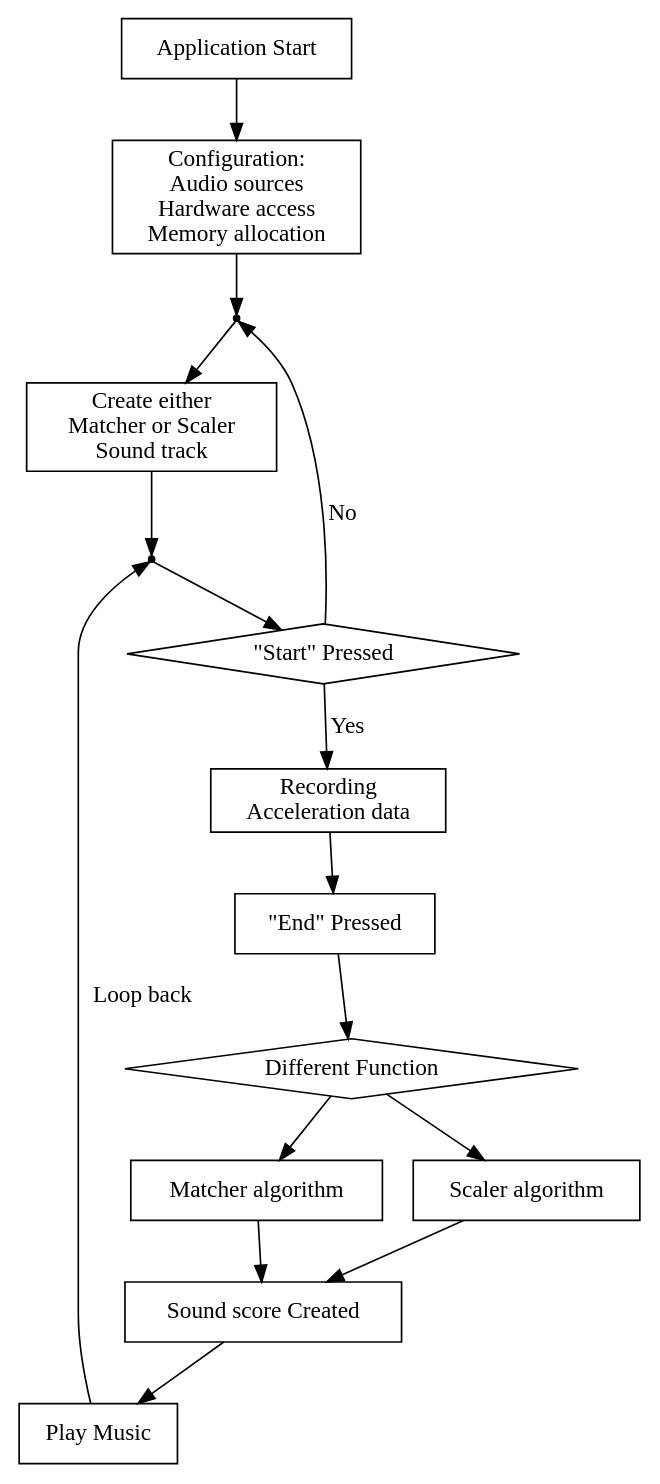
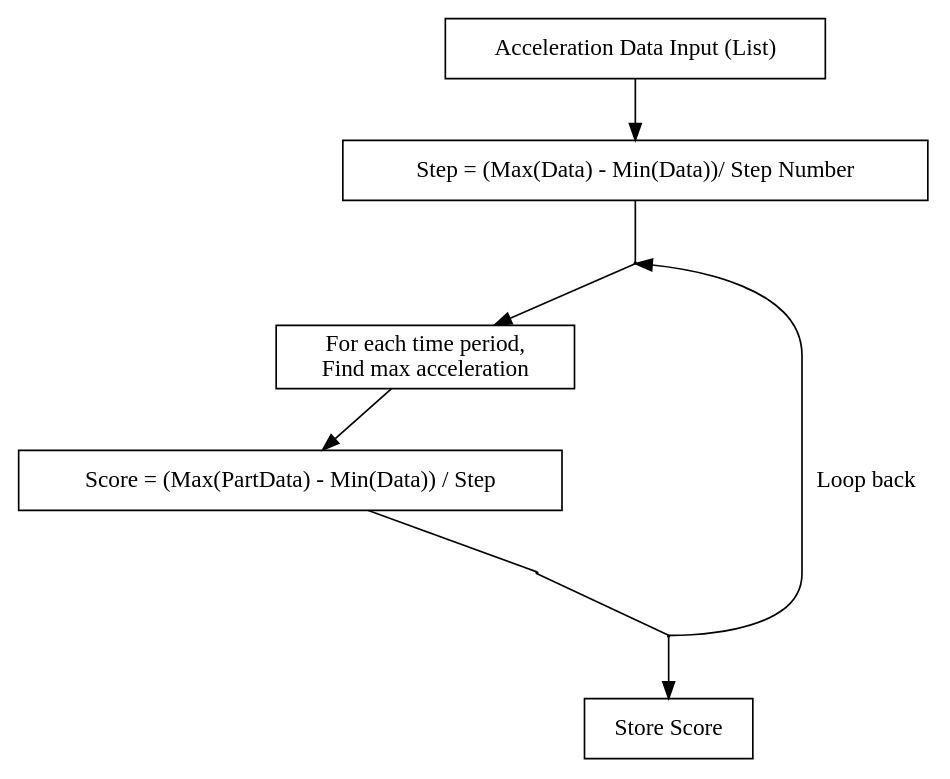
The diagram in figWR/sc.dot (iamwrm/VG100_Final_Report), drawn with Graphviz before and after one commit. The commit also changed 7 other files, not shown here.

```diff
--- a/figWR/sc.dot
+++ b/figWR/sc.dot
@@ -1,48 +1,51 @@
 // Copyright (c) 2017 wangren
 // 
 // This software is released under the MIT License.
 // https://opensource.org/licenses/MIT
 
 
 
 digraph {
 
-// label="Flow chart of the Index Script"
-n1[label="Application Start",shape="box", style=""]
-n2[label="Configuration: \nAudio sources \nHardware access \nMemory allocation",shape="box", style=""]
-n21[label="",shape="point", style=""]
-n3[label="Create either \nMatcher or Scaler \nSound track",shape="box", style=""]
-n31[label="",shape="point",style=""]
-n4[label="\"Start\" Pressed",shape="diamond", style=""]
-n5[label="Recording \nAcceleration data",shape="box", style=""]
-n6[label="\"End\" Pressed",shape="box", style=""]
-n7[label="Different Function",shape="diamond", style=""]
-n8[label="Scaler algorithm",shape="box", style=""]
-n9[label="Matcher algorithm",shape="box", style=""]
-n10[label="Sound score Created",shape="box", style=""]
-n11[label="Play Music",shape="box", style=""]
+node[shape=box]
+graph [ nodesep=1]
 
-n1->n2
 
-n2->n21
-n21->n3
 
-n3->n31
-n31->n4
+start[label="Acceleration Data Input (List)"]
 
-n4->n5[label="Yes"]
-n4->n21[label="No"] 
+start->c0
 
-n5->n6
-n6->n7
+c0 [label="Step = (Max(Data) - Min(Data))/ Step Number "]
 
-n7->n8
-n7->n9
+c0->mid1[dir=none]
 
-n8->n10
-n9->n10
+c1[label="For each time period,\n Find max acceleration"]
 
-n10->n11
-n11 -> n31[label=" Loop back"]
+c1->c2
+
+c2[label="Score = (Max(PartData) - Min(Data)) / Step"]
+
+
+c2->mid2[dir=none]
+
+
+mid2->mid4[dir=none]
+
+
+{mid4->mid1[label=" Loop back"]}
+
+mid2[shape=circle,width=0.01,height=0.01,label=""]
+
+mid1->c1
+
+mid1[shape=circle,width=0.01,height=0.01,label=""]
+mid4[shape=circle,width=0.01,height=0.01,label=""]
+
+
+mid4->end
+
+end[label="Store Score"]
+
  
 }
```
